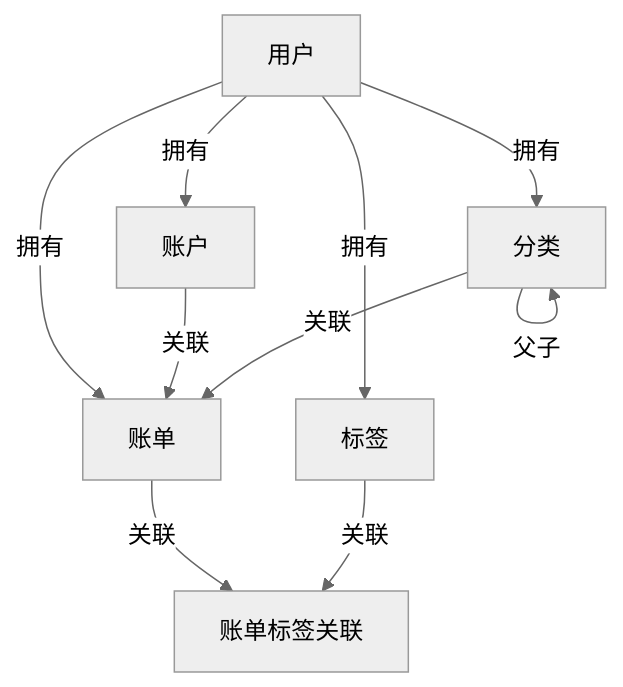
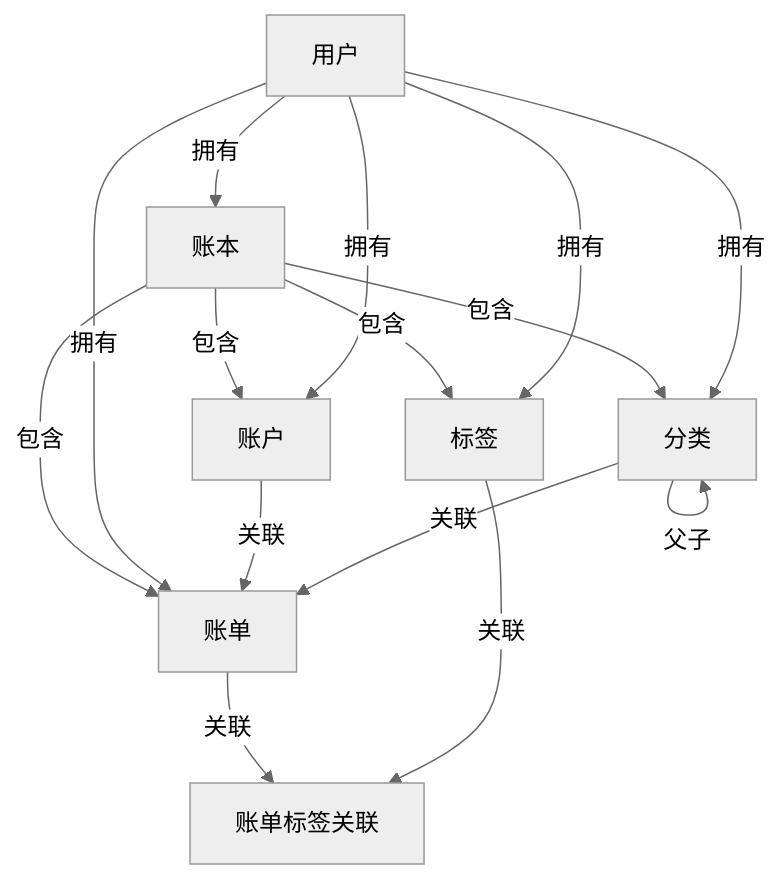
One commit to xietian-hash/doudouV2 changed the first of 2 diagrams in AI文档/PRD.md. Above: the diagram before and after it, drawn with Mermaid (neutral theme). The commit also changed other lines of this file and 63 other files, not shown here.

````diff
--- a/AI文档/PRD.md
+++ b/AI文档/PRD.md
@@ -48,12 +49,17 @@
 ```mermaid
 flowchart TD
+    用户 -->|拥有| 账本
+    账本 -->|包含| 账户
+    账本 -->|包含| 分类
+    账本 -->|包含| 账单
+    账本 -->|包含| 标签
     用户 -->|拥有| 账户
     用户 -->|拥有| 分类
     用户 -->|拥有| 账单
     用户 -->|拥有| 标签
     分类 -->|父子| 分类
     账户 -->|关联| 账单
     分类 -->|关联| 账单
     账单 -->|关联| 账单标签关联
     标签 -->|关联| 账单标签关联
 ```
````
